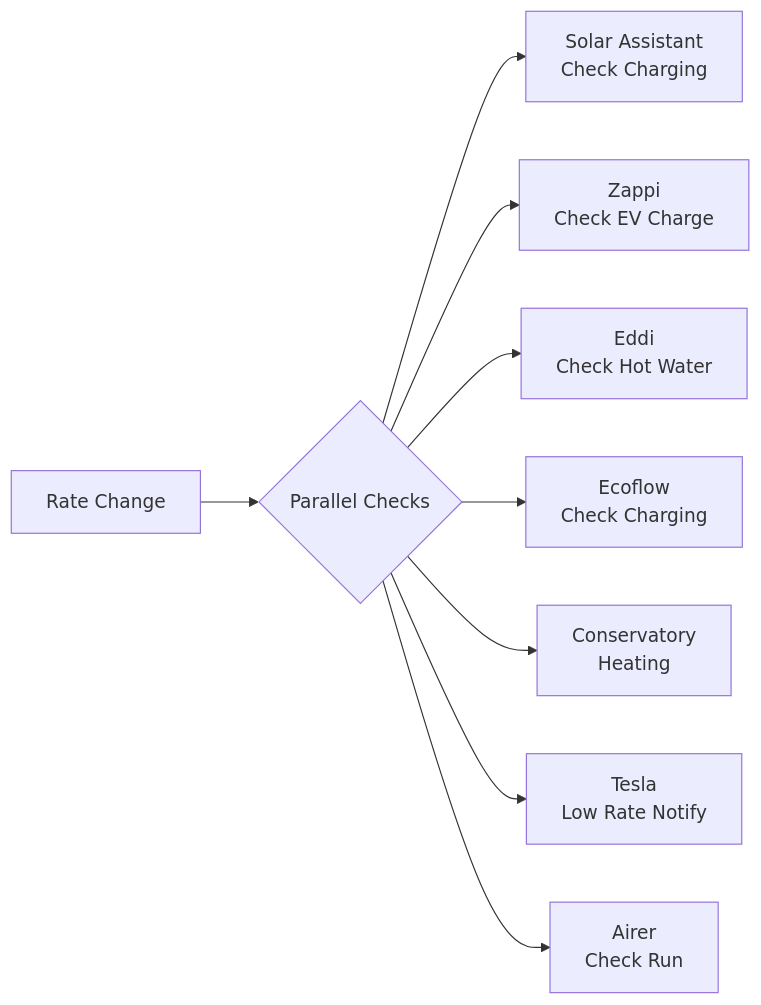
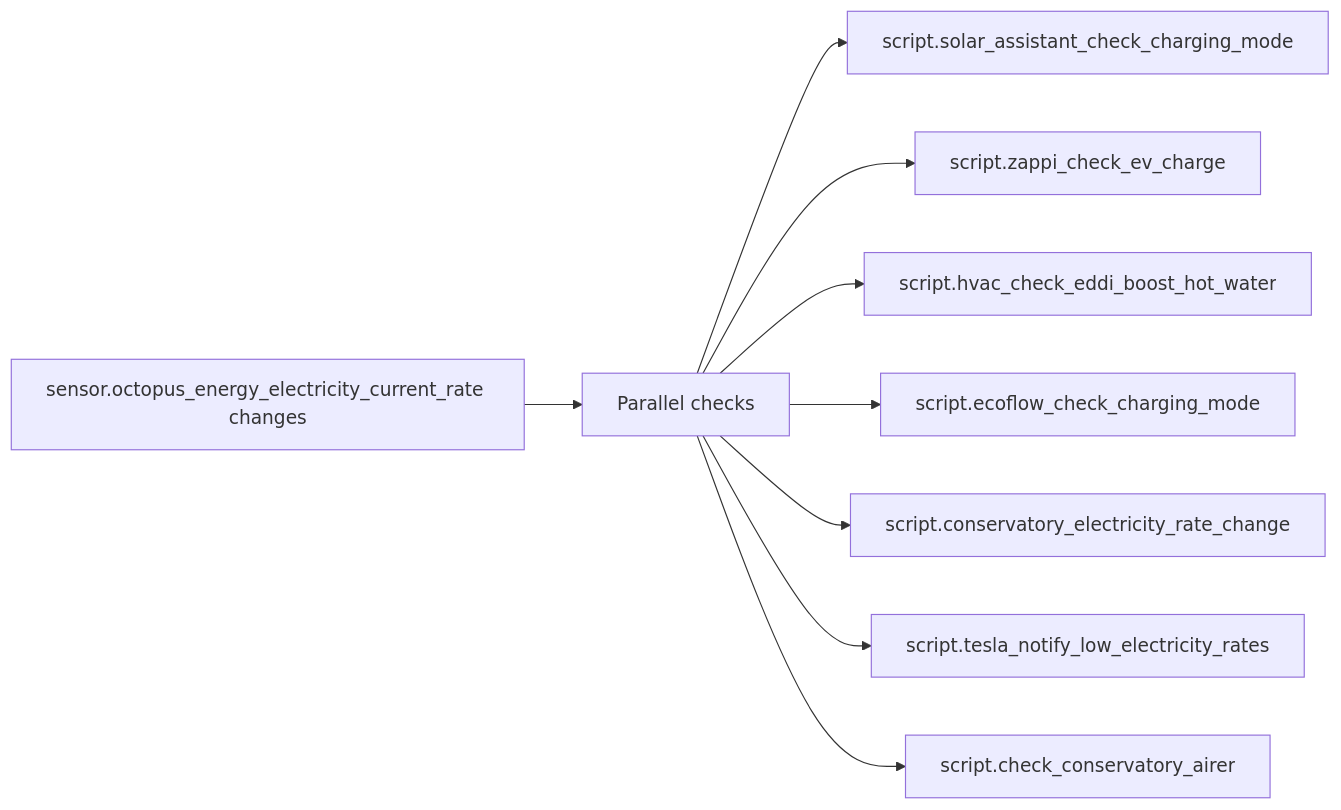
The diagram in packages/integrations/energy/octopus_energy_README.md (dannytsang/homeassistant-config), drawn with Mermaid before and after one commit. The commit also changed other lines of this file and 60 other files, not shown here.

````diff
--- a/packages/integrations/energy/octopus_energy_README.md
+++ b/packages/integrations/energy/octopus_energy_README.md
@@ -64,11 +21,11 @@
 ```mermaid
 flowchart LR
-    A[Rate Change] --> B{Parallel Checks}
-    B --> C[Solar Assistant<br/>Check Charging]
-    B --> D[Zappi<br/>Check EV Charge]
-    B --> E[Eddi<br/>Check Hot Water]
-    B --> F[Ecoflow<br/>Check Charging]
-    B --> G[Conservatory<br/>Heating]
-    B --> H[Tesla<br/>Low Rate Notify]
-    B --> I[Airer<br/>Check Run]
+    Rate[sensor.octopus_energy_electricity_current_rate changes] --> Parallel[Parallel checks]
+    Parallel --> SolarAssistant[script.solar_assistant_check_charging_mode]
+    Parallel --> Zappi[script.zappi_check_ev_charge]
+    Parallel --> Eddi[script.hvac_check_eddi_boost_hot_water]
+    Parallel --> EcoFlow[script.ecoflow_check_charging_mode]
+    Parallel --> Conservatory[script.conservatory_electricity_rate_change]
+    Parallel --> Tesla[script.tesla_notify_low_electricity_rates]
+    Parallel --> Airer[script.check_conservatory_airer]
 ```
````
